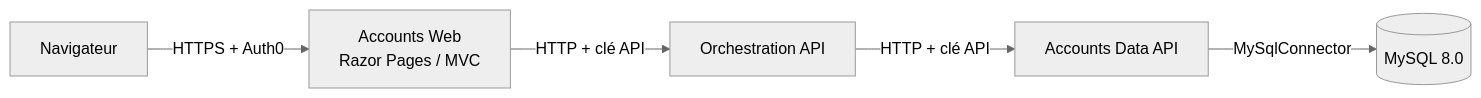
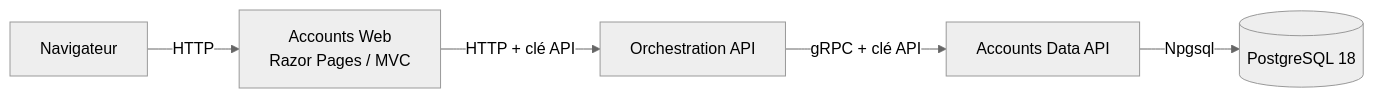
Before and after one commit to ElisesHub/accounts-system: the first of 2 diagrams in README.fr.md, drawn with Mermaid (neutral theme). The commit also changed other lines of this file and 1 other file, not shown here.

````diff
--- a/README.fr.md
+++ b/README.fr.md
@@ -7,7 +7,7 @@
 ```mermaid
 flowchart LR
-    Navigateur -->|HTTPS + Auth0| Web[Accounts Web<br/>Razor Pages / MVC]
+    Navigateur -->|HTTP| Web[Accounts Web<br/>Razor Pages / MVC]
     Web -->|HTTP + clé API| Orch[Orchestration API]
-    Orch -->|HTTP + clé API| Data[Accounts Data API]
-    Data -->|MySqlConnector| DB[(MySQL 8.0)]
+    Orch -->|gRPC + clé API| Data[Accounts Data API]
+    Data -->|Npgsql| DB[(PostgreSQL 18)]
 ```
````
